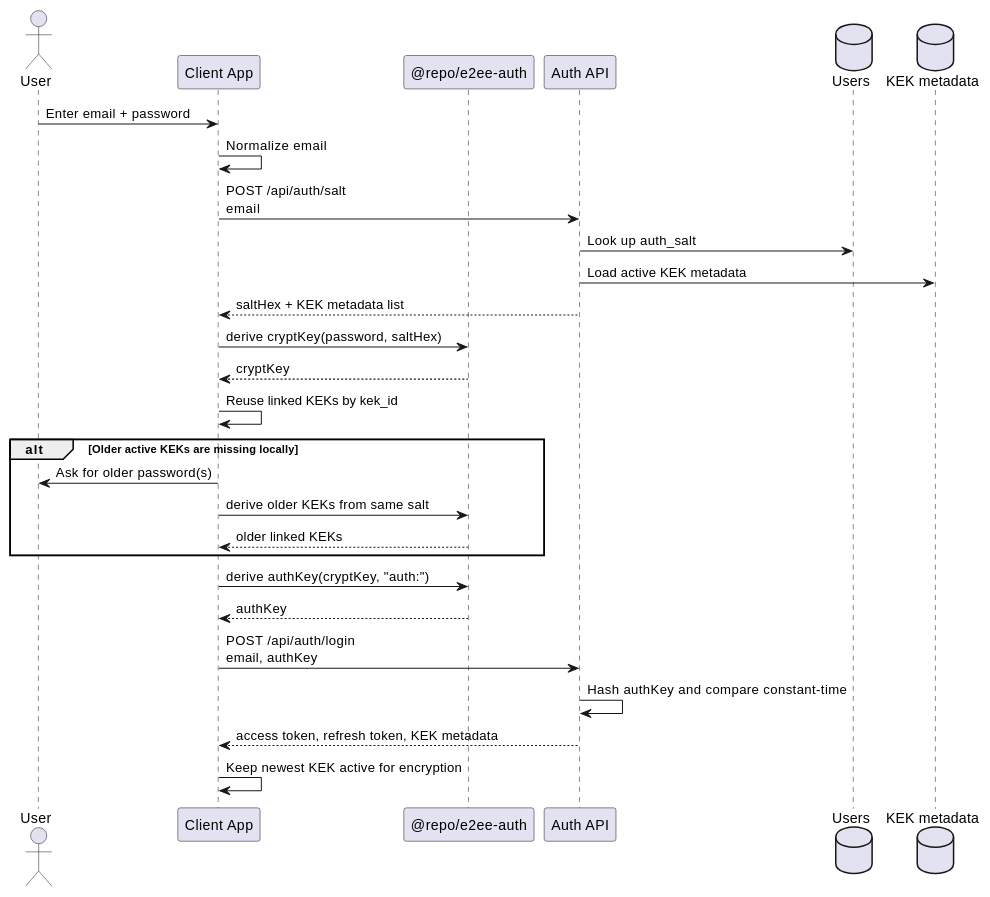
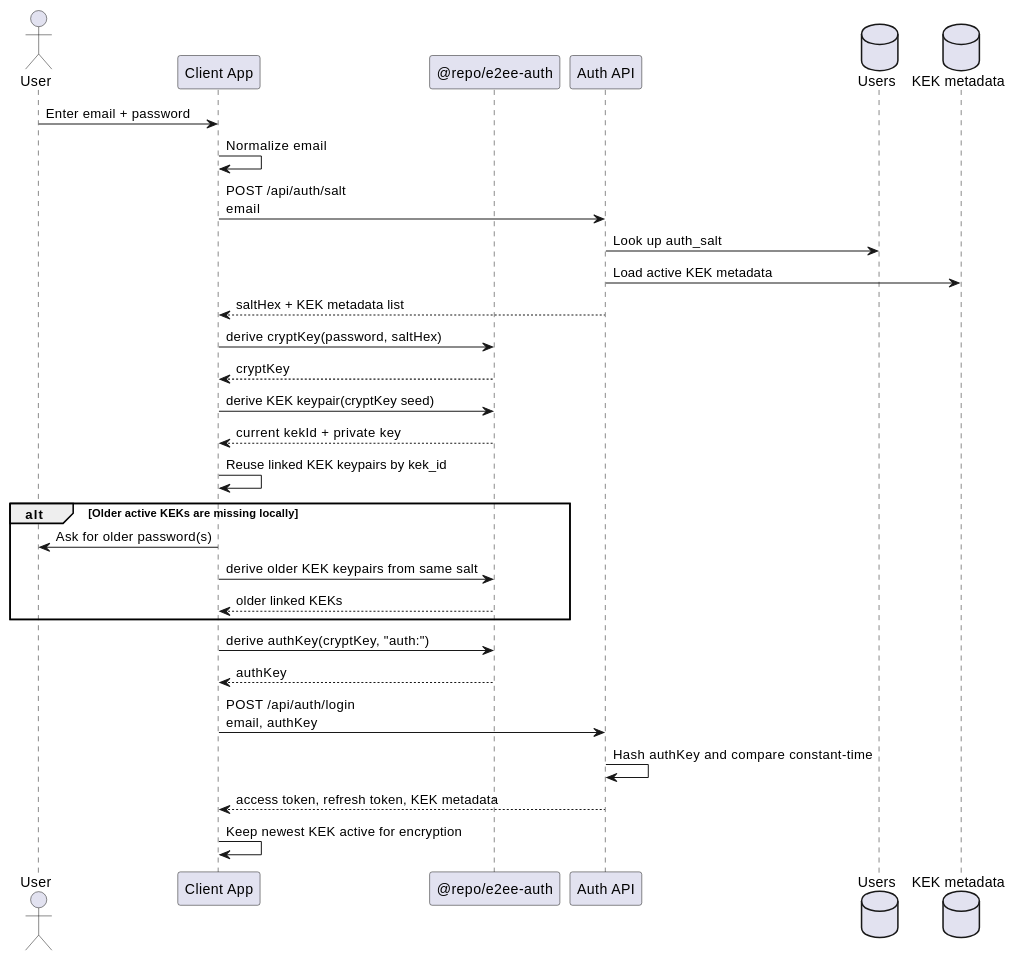
The second of 2 diagrams in apps/docs/docs/auth-authentication.md (benedikt-weyer/preset-reactnative-expo-frontend-rust-backend-e2ee-github), drawn with PlantUML before and after one commit. The commit also changed other lines of this file and 31 other files, not shown here.

First line of the commit message:
feat!: implement asymmetric KEK keypair management and encryption

````diff
--- a/apps/docs/docs/auth-authentication.md
+++ b/apps/docs/docs/auth-authentication.md
@@ -68,33 +71,35 @@
 ```plantuml format="svg_inline" alt="Login sequence" title="Login sequence"
 @startuml
 skinparam shadowing false
 
 actor User
 participant "Client App" as Client
 participant "@repo/e2ee-auth" as Shared
 participant "Auth API" as Api
 database "Users" as Users
 database "KEK metadata" as KekMeta
 
 User -> Client: Enter email + password
 Client -> Client: Normalize email
 Client -> Api: POST /api/auth/salt\nemail
 Api -> Users: Look up auth_salt
 Api -> KekMeta: Load active KEK metadata
 Api --> Client: saltHex + KEK metadata list
 Client -> Shared: derive cryptKey(password, saltHex)
 Shared --> Client: cryptKey
-Client -> Client: Reuse linked KEKs by kek_id
+Client -> Shared: derive KEK keypair(cryptKey seed)
+Shared --> Client: current kekId + private key
+Client -> Client: Reuse linked KEK keypairs by kek_id
 alt Older active KEKs are missing locally
   Client -> User: Ask for older password(s)
-  Client -> Shared: derive older KEKs from same salt
+  Client -> Shared: derive older KEK keypairs from same salt
   Shared --> Client: older linked KEKs
 end
 Client -> Shared: derive authKey(cryptKey, "auth:")
 Shared --> Client: authKey
 Client -> Api: POST /api/auth/login\nemail, authKey
 Api -> Api: Hash authKey and compare constant-time
 Api --> Client: access token, refresh token, KEK metadata
 Client -> Client: Keep newest KEK active for encryption
 @enduml
 ```
````
